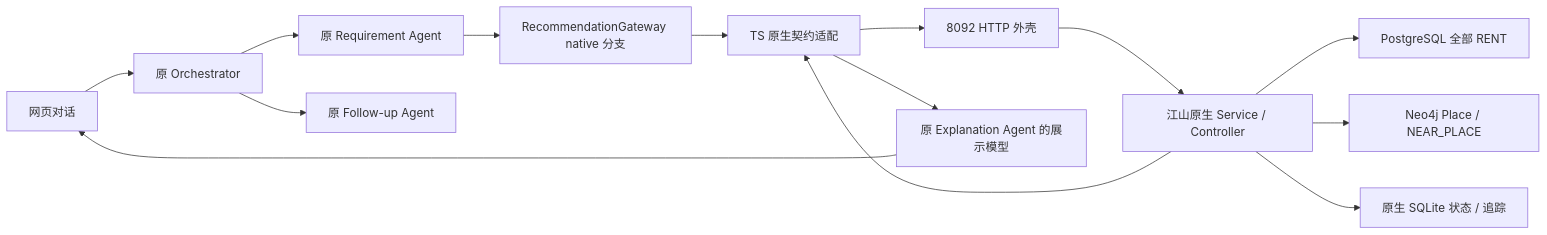
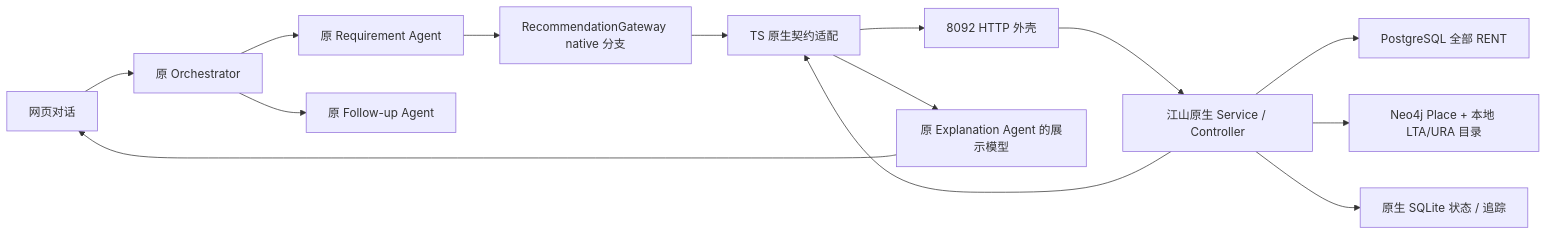
One commit to zhexusun10/Multi-Agent-Assistance-System changed the diagram in docs/Recommendation_Agent_原生接入说明.md. Above: the diagram before and after it, drawn with Mermaid. The commit also changed other lines of this file and 206 other files, not shown here.

````diff
--- a/docs/Recommendation_Agent_原生接入说明.md
+++ b/docs/Recommendation_Agent_原生接入说明.md
@@ -51,16 +56,16 @@
 ```mermaid
 flowchart LR
   U[网页对话] --> O[原 Orchestrator]
   O --> A[原 Requirement Agent]
   A --> G[RecommendationGateway native 分支]
   G --> T[TS 原生契约适配]
   T --> H[8092 HTTP 外壳]
   H --> N[江山原生 Service / Controller]
   N --> P[PostgreSQL 全部 RENT]
-  N --> K[Neo4j Place / NEAR_PLACE]
+  N --> K[Neo4j Place + 本地 LTA/URA 目录]
   N --> S[原生 SQLite 状态 / 追踪]
   N --> T
   T --> C[原 Explanation Agent 的展示模型]
   C --> U
   O --> D[原 Follow-up Agent]
 ```
````
